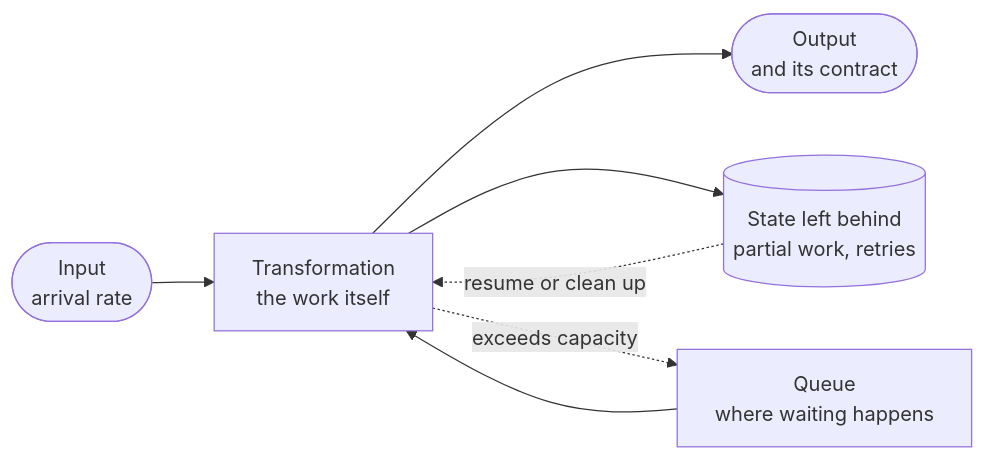
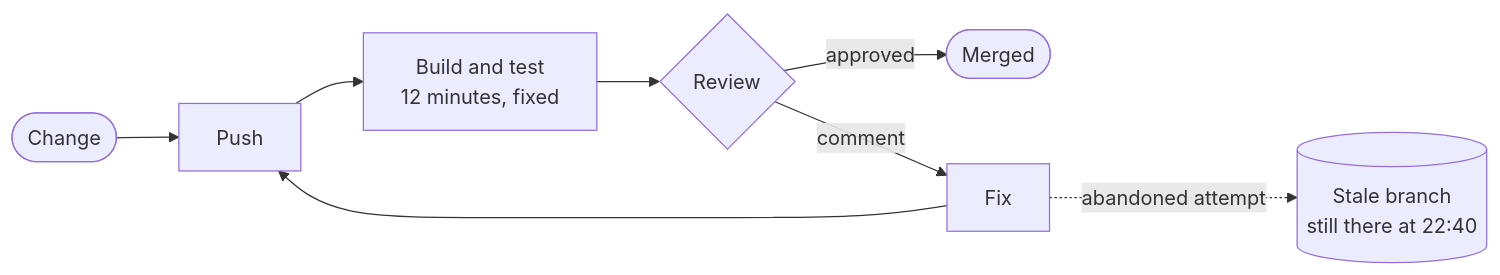
Before and after one commit to Laticent/lattice: the second of 19 diagrams in examples/system-design-foundations.md, drawn with Mermaid. The commit also changed other lines of this file and 2 other files, not shown here.

````diff
--- a/examples/system-design-foundations.md
+++ b/examples/system-design-foundations.md
@@ -234,9 +324,10 @@
 ```mermaid
 flowchart LR
-  IN(["Input<br/>arrival rate"]) --> T["Transformation<br/>the work itself"]
-  T --> OUT(["Output<br/>and its contract"])
-  T --> ST[("State left behind<br/>partial work, retries")]
-  ST -.->|"resume or clean up"| T
-  T -.->|"exceeds capacity"| Q["Queue<br/>where waiting happens"]
-  Q --> T
+  IN(["Change"]) --> PUSH["Push"]
+  PUSH --> CI["Build and test<br/>12 minutes, fixed"]
+  CI --> REV{"Review"}
+  REV -->|"approved"| OUT(["Merged"])
+  REV -->|"comment"| FIX["Fix"]
+  FIX --> PUSH
+  FIX -.->|"abandoned attempt"| ST[("Stale branch<br/>still there at 22:40")]
 ```
````
